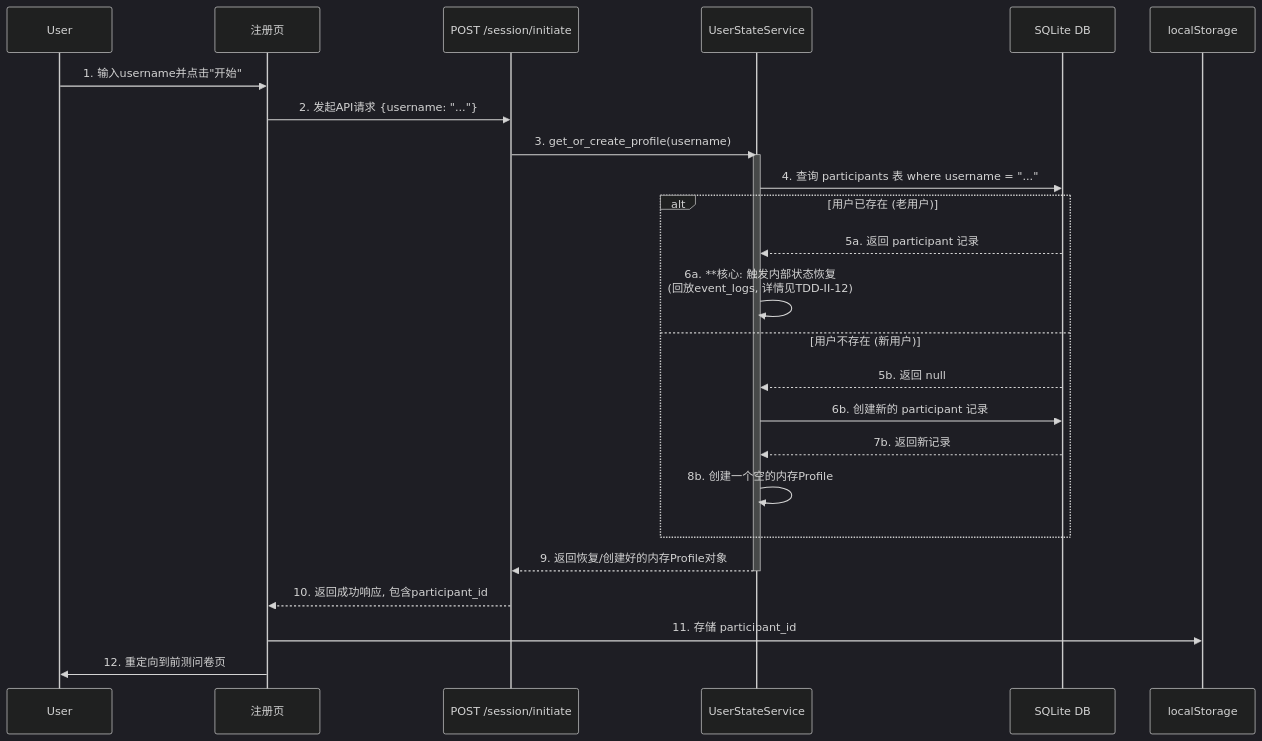
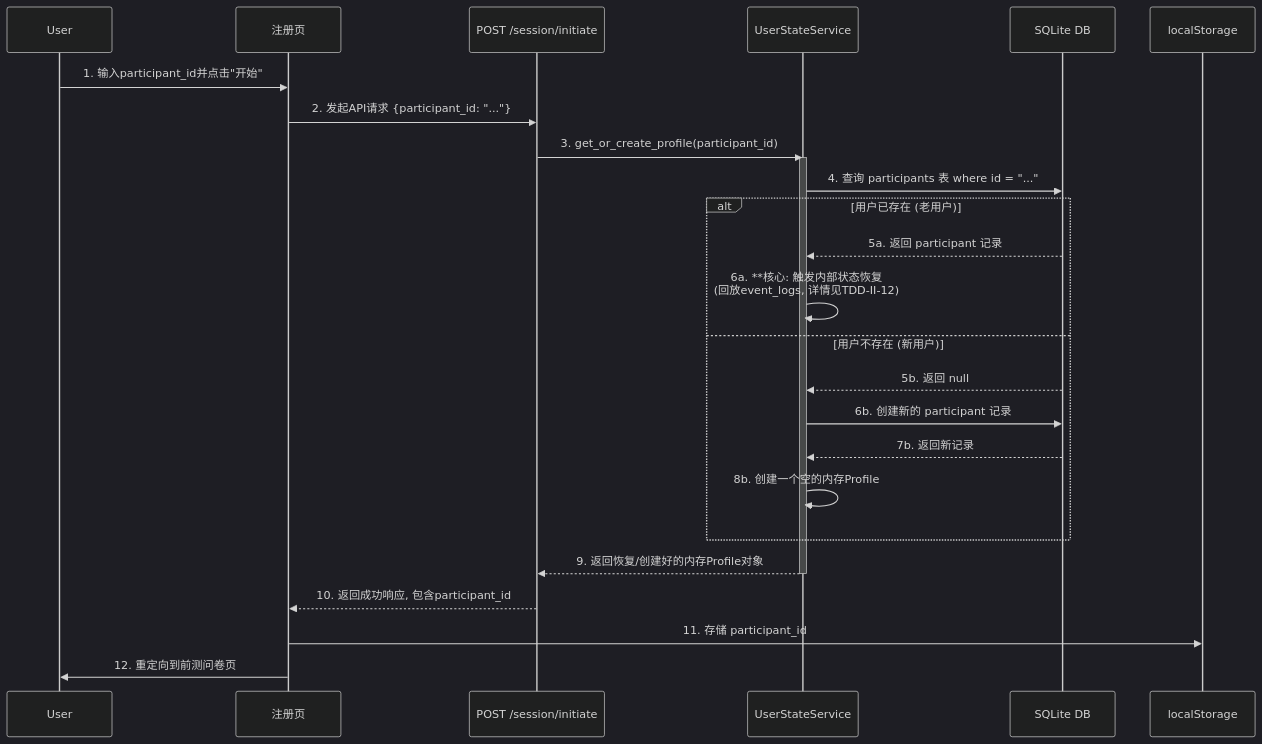
Before and after one commit to wuxintao-666/adaptive-tutor-system: the diagram in docs/TDD/TDD-II-02-用户注册与会话启动.md, drawn with Mermaid (dark theme). The commit also changed other lines of this file and 16 other files, not shown here.

````diff
--- a/docs/TDD/TDD-II-02-用户注册与会话启动.md
+++ b/docs/TDD/TDD-II-02-用户注册与会话启动.md
@@ -28,36 +28,36 @@
 ```mermaid
 sequenceDiagram
     participant User
     participant Page0 as 注册页
     participant BE as POST /session/initiate
     participant UserState as UserStateService
     participant DB as SQLite DB
     
-    User->>Page0: 1. 输入username并点击"开始"
-    Page0->>BE: 2. 发起API请求 {username: "..."}
+    User->>Page0: 1. 输入participant_id并点击"开始"
+    Page0->>BE: 2. 发起API请求 {participant_id: "..."}
     
-    BE->>UserState: 3. get_or_create_profile(username)
+    BE->>UserState: 3. get_or_create_profile(participant_id)
     activate UserState
     
-    UserState->>DB: 4. 查询 participants 表 where username = "..."
+    UserState->>DB: 4. 查询 participants 表 where id = "..."
     
     alt 用户已存在 (老用户)
         DB-->>UserState: 5a. 返回 participant 记录
         UserState->>UserState: 6a. **核心: 触发内部状态恢复<br> (回放event_logs, 详情见TDD-II-12)
     else 用户不存在 (新用户)
         DB-->>UserState: 5b. 返回 null
         UserState->>DB: 6b. 创建新的 participant 记录
         DB-->>UserState: 7b. 返回新记录
         UserState->>UserState: 8b. 创建一个空的内存Profile
     end
     
     UserState-->>BE: 9. 返回恢复/创建好的内存Profile对象
     deactivate UserState
     
     BE-->>Page0: 10. 返回成功响应, 包含participant_id
     
     Page0->>localStorage: 11. 存储 participant_id
     
     Page0->>User: 12. 重定向到前测问卷页
 
 ```
````
